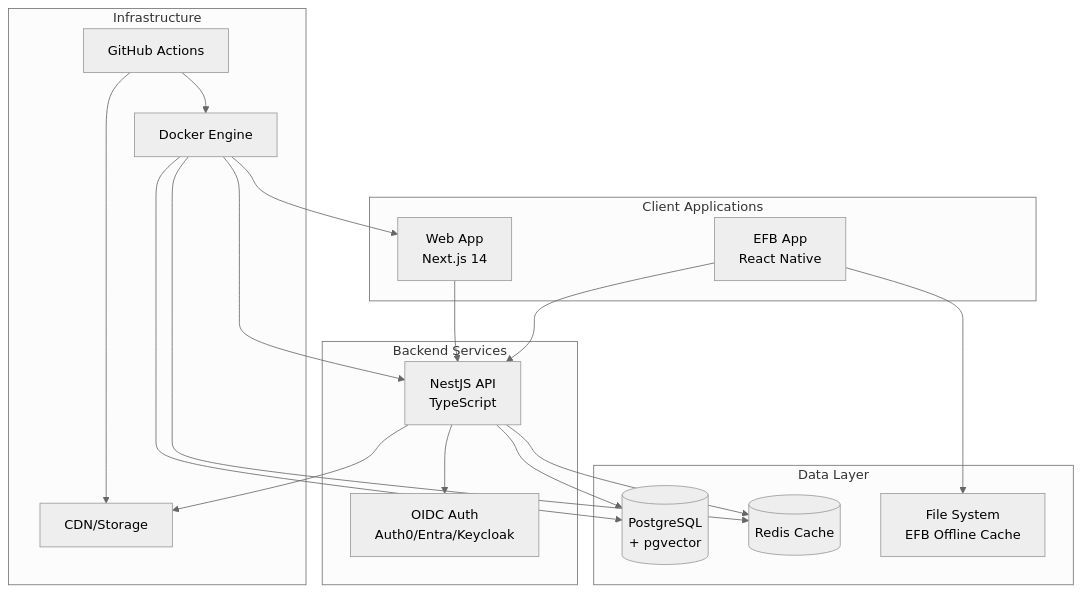
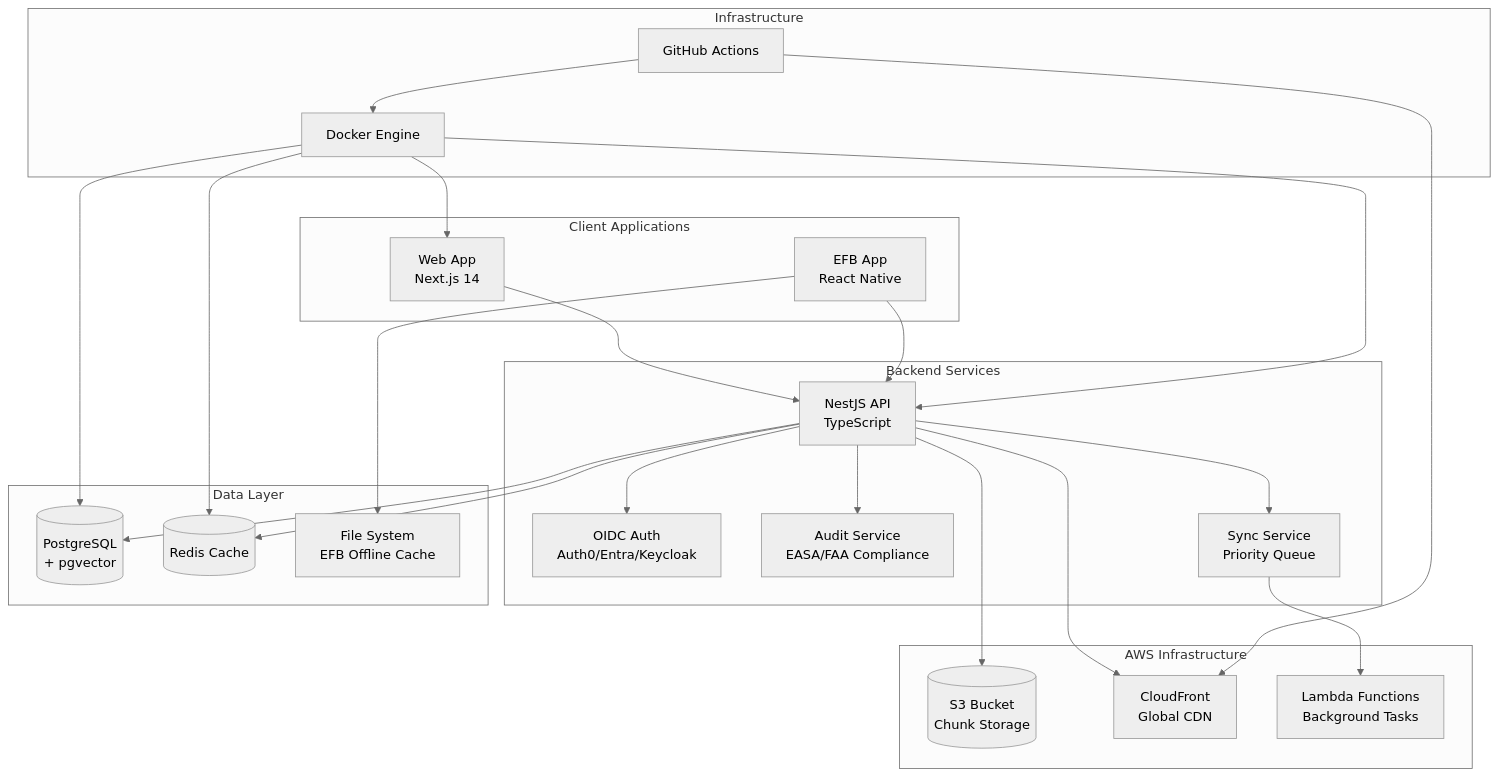
The first of 2 diagrams in docs/ARCHITECTURE.md (hemanhuntes/SkyManuals), drawn with Mermaid (neutral theme) before and after one commit. The commit also changed other lines of this file and 192 other files, not shown here.

````diff
--- a/docs/ARCHITECTURE.md
+++ b/docs/ARCHITECTURE.md
@@ -9,40 +29,51 @@
 ```mermaid
 graph TB
     subgraph "Client Applications"
         Web[Web App<br/>Next.js 14]
         EFB[EFB App<br/>React Native]
     end
     
     subgraph "Backend Services"
         API[NestJS API<br/>TypeScript]
         Auth[OIDC Auth<br/>Auth0/Entra/Keycloak]
+        Audit[Audit Service<br/>EASA/FAA Compliance]
+        Sync[Sync Service<br/>Priority Queue]
     end
     
     subgraph "Data Layer"
         DB[(PostgreSQL<br/>+ pgvector)]
         Redis[(Redis Cache)]
         FS[File System<br/>EFB Offline Cache]
     end
     
+    subgraph "AWS Infrastructure"
+        S3[(S3 Bucket<br/>Chunk Storage)]
+        CDN[CloudFront<br/>Global CDN]
+        Lambda[Lambda Functions<br/>Background Tasks]
+    end
+    
     subgraph "Infrastructure"
         Docker[Docker Engine]
         CI[GitHub Actions]
-        CDN[CDN/Storage]
     end
     
     Web --> API
     EFB --> API
     API --> Auth
     API --> DB
     API --> Redis
+    API --> Audit
+    API --> Sync
     EFB --> FS
+    API --> S3
     API --> CDN
+    Sync --> Lambda
     
     Docker --> Web
     Docker --> API
     Docker --> DB
     Docker --> Redis
     
     CI --> CDN
     CI --> Docker
 ```
````
